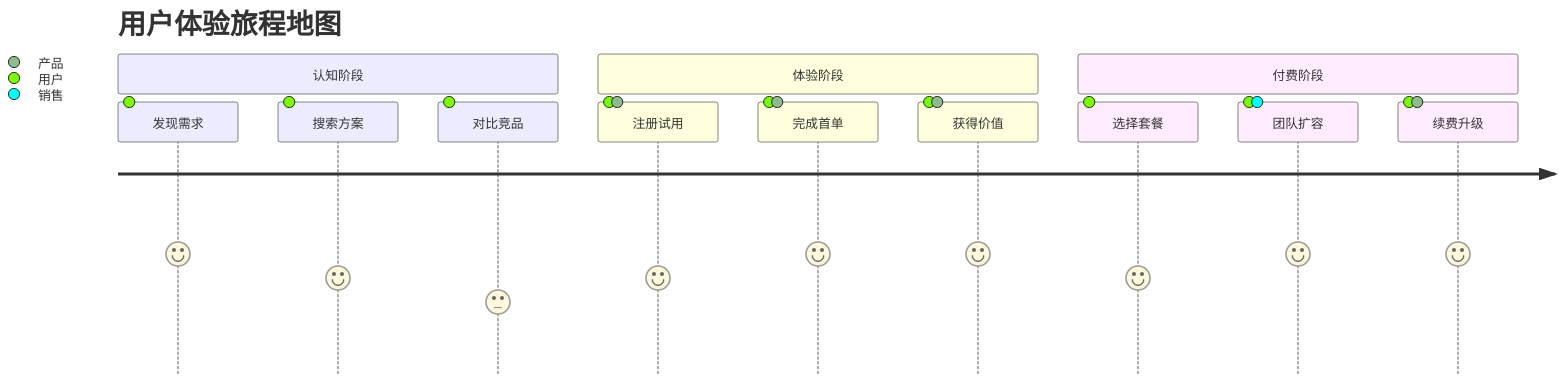
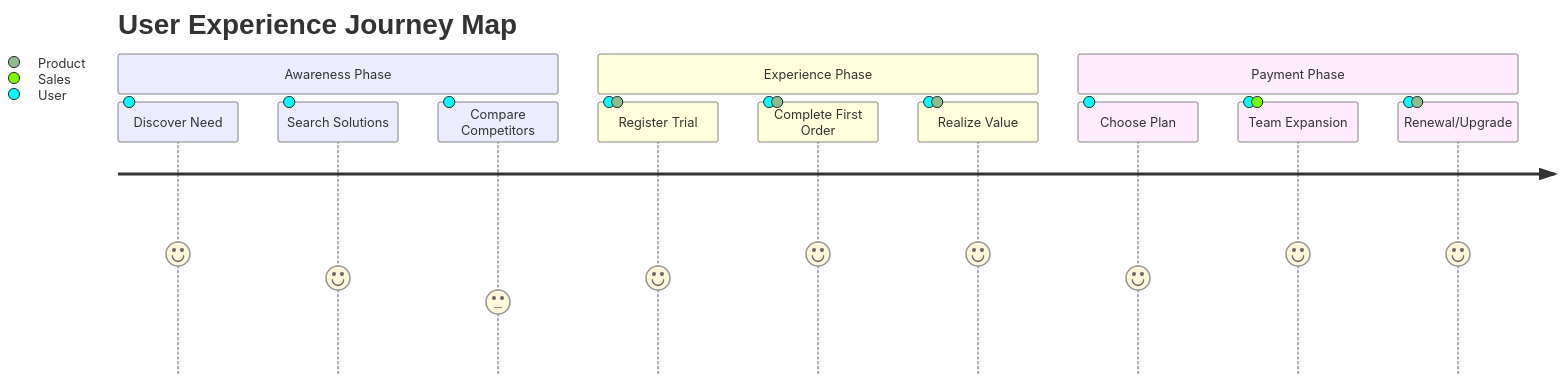
One commit to Kirky-X/cangjie changed the third of 10 diagrams in templates/【模板】商业计划书.md. Above: the diagram before and after it, drawn with Mermaid. The commit also changed other lines of this file and 12 other files, not shown here.

````diff
--- a/templates/【模板】商业计划书.md
+++ b/templates/【模板】商业计划书.md
@@ -140,16 +140,16 @@
 ```mermaid
 journey
-    title 用户体验旅程地图
-    section 认知阶段
-      发现需求: 5: 用户
-      搜索方案: 4: 用户
-      对比竞品: 3: 用户
-    section 体验阶段
-      注册试用: 4: 用户, 产品
-      完成首单: 5: 用户, 产品
-      获得价值: 5: 用户, 产品
-    section 付费阶段
-      选择套餐: 4: 用户
-      团队扩容: 5: 用户, 销售
-      续费升级: 5: 用户, 产品
+    title User Experience Journey Map
+    section Awareness Phase
+      Discover Need: 5: User
+      Search Solutions: 4: User
+      Compare Competitors: 3: User
+    section Experience Phase
+      Register Trial: 4: User, Product
+      Complete First Order: 5: User, Product
+      Realize Value: 5: User, Product
+    section Payment Phase
+      Choose Plan: 4: User
+      Team Expansion: 5: User, Sales
+      Renewal/Upgrade: 5: User, Product
 ```
````
